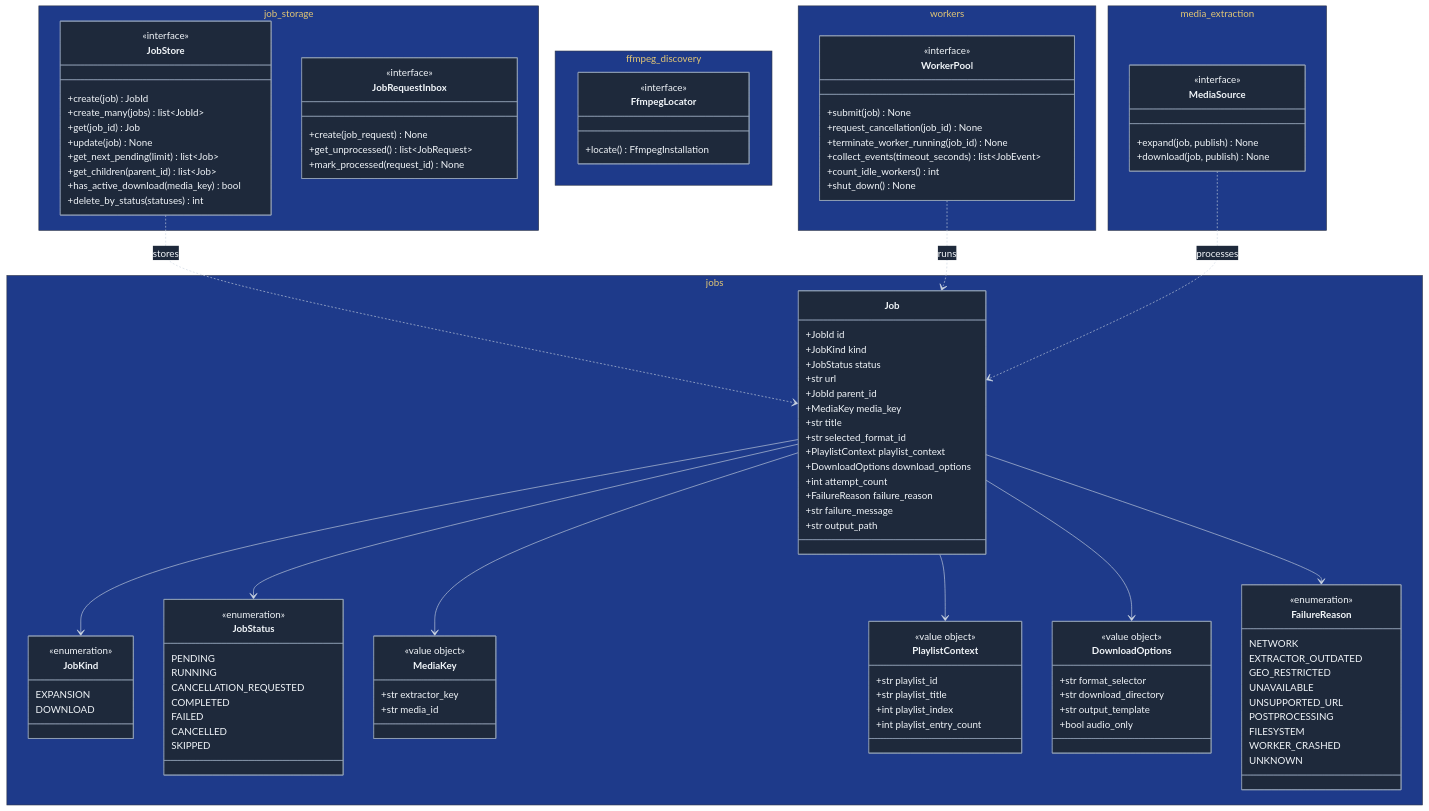
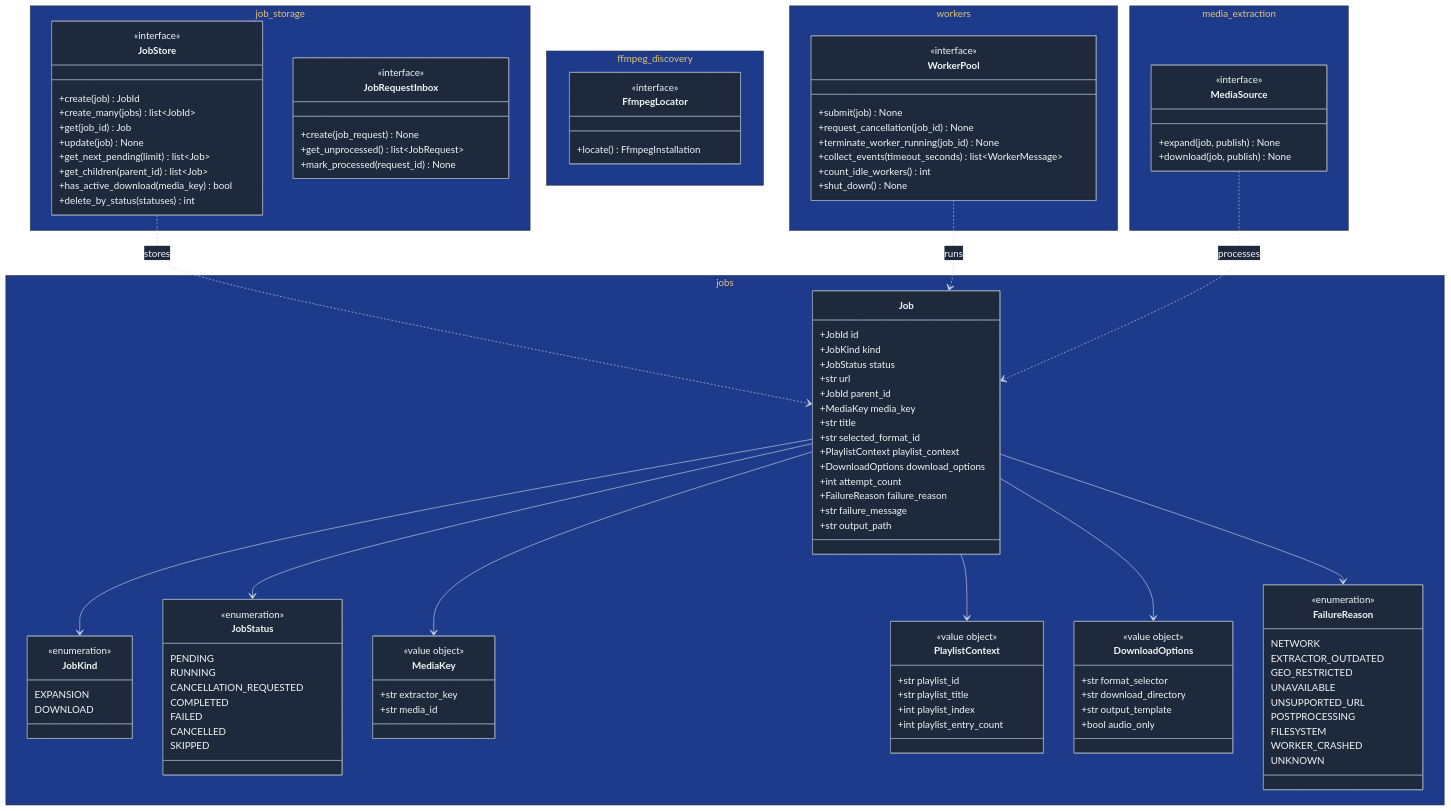
The second of 3 diagrams in doc/design/01-architecture.md (NestorMonroy/queued-media-downloader), drawn with Mermaid before and after one commit. The commit also changed other lines of this file and 10 other files, not shown here.

```diff
--- a/doc/design/01-architecture.md
+++ b/doc/design/01-architecture.md
@@ -346,7 +347,7 @@
             +submit(job) None
             +request_cancellation(job_id) None
             +terminate_worker_running(job_id) None
-            +collect_events(timeout_seconds) list~JobEvent~
+            +collect_events(timeout_seconds) list~WorkerMessage~
             +count_idle_workers() int
             +shut_down() None
         }
```
